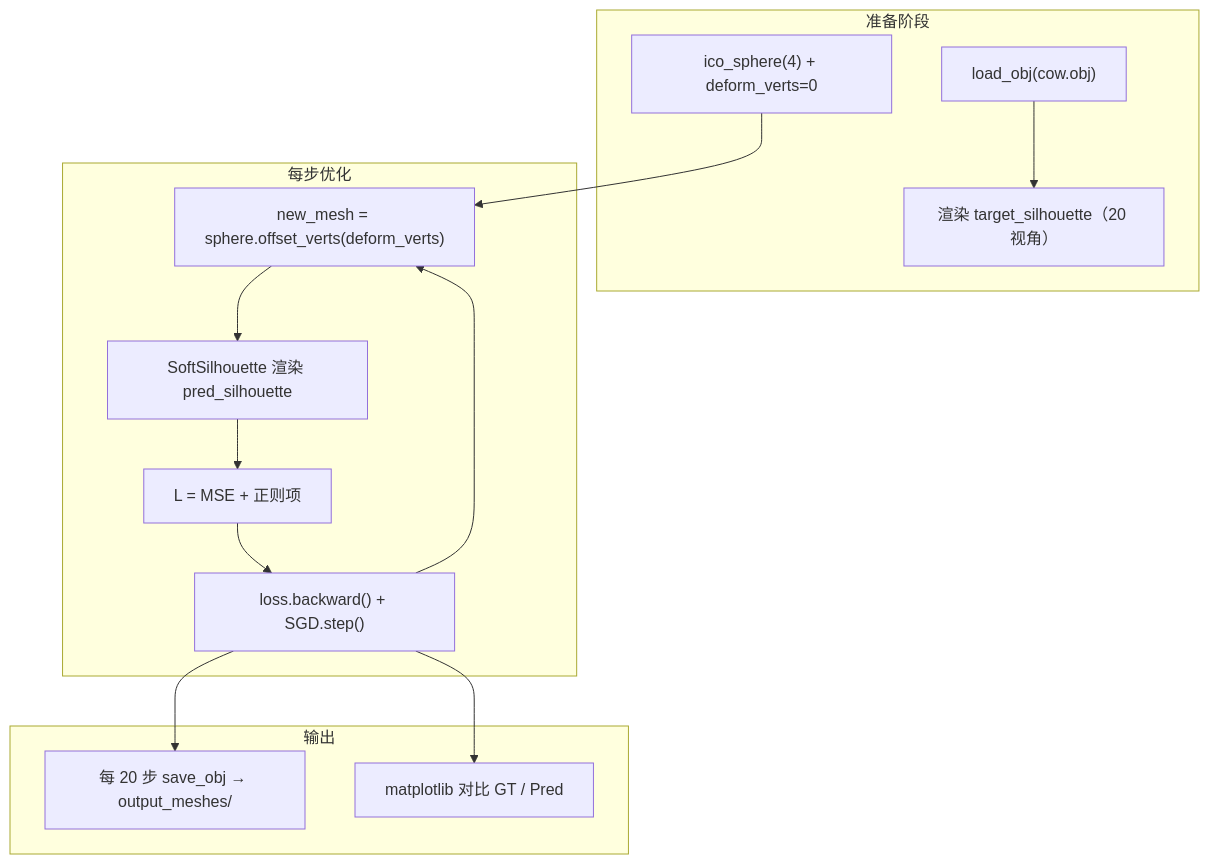
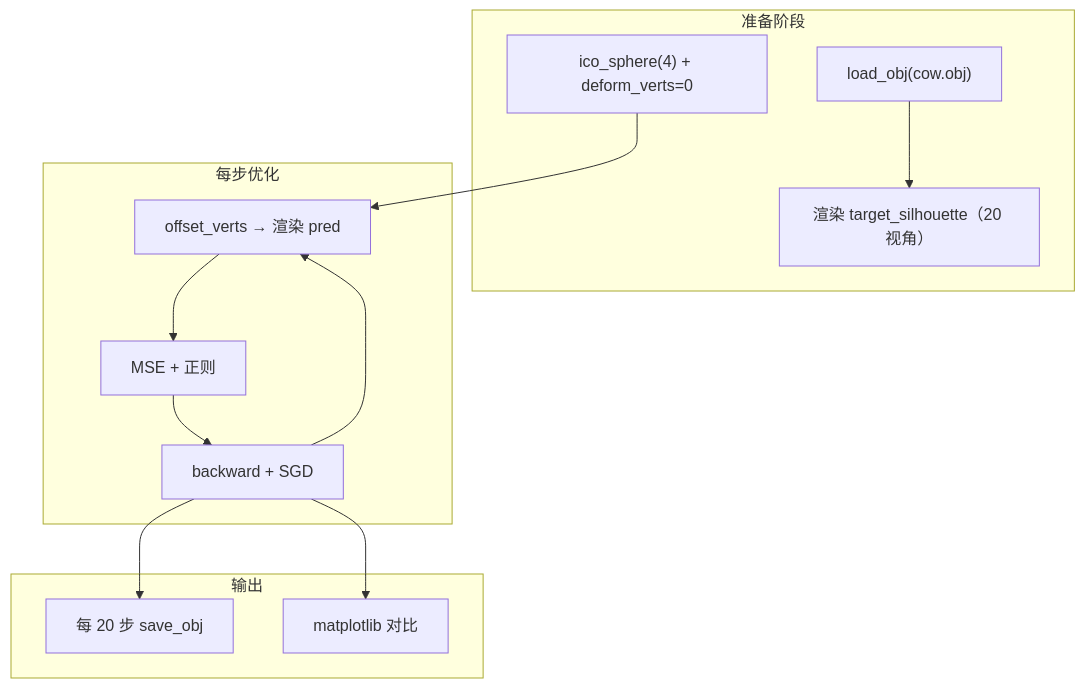
The diagram in src/Work6/README.md (Fufuz-jiushijie/CG-labs), drawn with Mermaid before and after one commit. The commit also changed other lines of this file and 24 other files, not shown here.

````diff
--- a/src/Work6/README.md
+++ b/src/Work6/README.md
@@ -82,26 +76,22 @@
 ```mermaid
 flowchart TB
     subgraph Prep["准备阶段"]
         OBJ["load_obj(cow.obj)"]
         GT["渲染 target_silhouette（20 视角）"]
         SPHERE["ico_sphere(4) + deform_verts=0"]
     end
     subgraph Loop["每步优化"]
-        DEF["new_mesh = sphere.offset_verts(deform_verts)"]
-        REN["SoftSilhouette 渲染 pred_silhouette"]
-        LOSS["L = MSE + 正则项"]
-        BP["loss.backward() + SGD.step()"]
+        DEF["offset_verts → 渲染 pred"]
+        LOSS["MSE + 正则"]
+        BP["backward + SGD"]
     end
     subgraph Out["输出"]
-        SAVE["每 20 步 save_obj → output_meshes/"]
-        VIS["matplotlib 对比 GT / Pred"]
+        SAVE["每 20 步 save_obj"]
+        VIS["matplotlib 对比"]
     end
     OBJ --> GT
     SPHERE --> DEF
-    DEF --> REN
-    REN --> LOSS
-    LOSS --> BP
-    BP --> DEF
+    DEF --> LOSS --> BP --> DEF
     BP --> SAVE
     BP --> VIS
 ```
````
